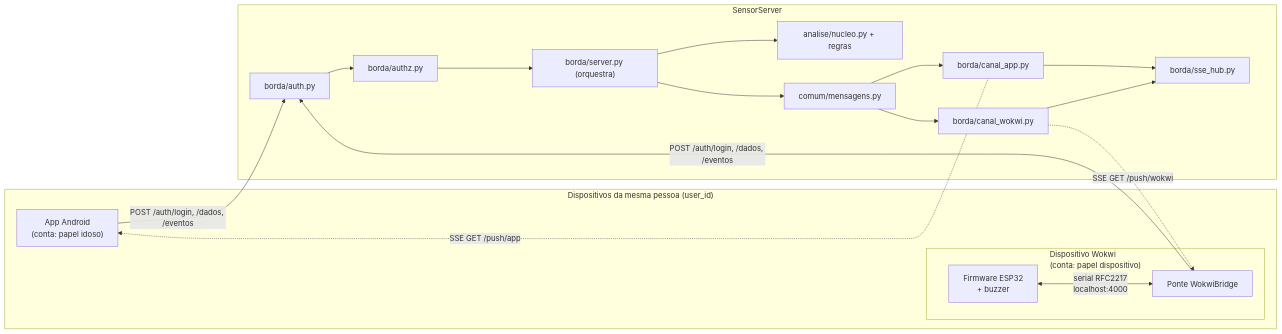
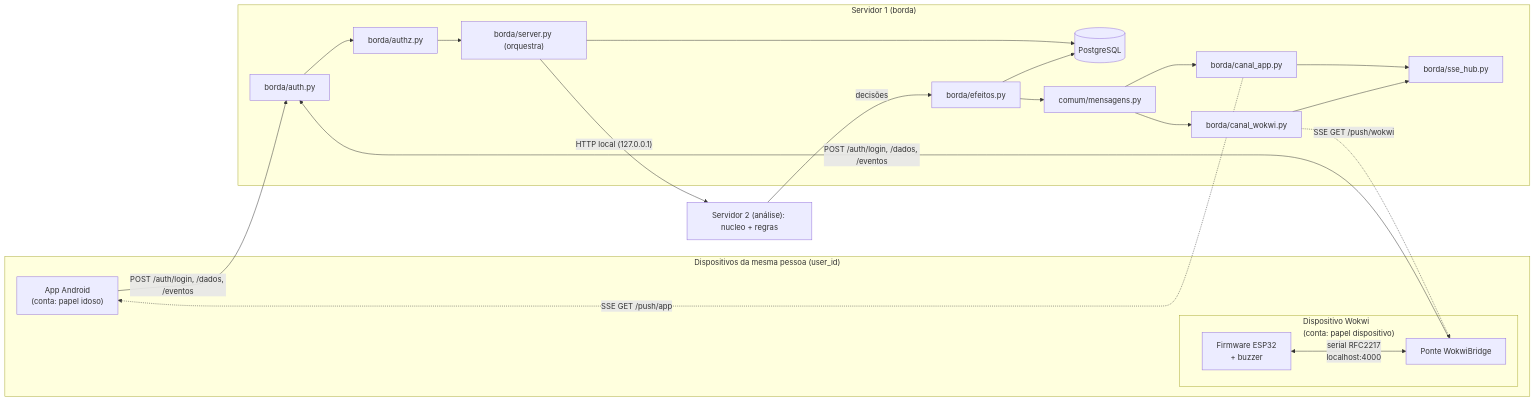
The first of 5 diagrams in docs/arquitetura.md (UFG-INF-SSU-2026/Flow), drawn with Mermaid before and after one commit. The commit also changed other lines of this file and 5 other files, not shown here.

````diff
--- a/docs/arquitetura.md
+++ b/docs/arquitetura.md
@@ -98,34 +99,38 @@
 ```mermaid
 flowchart LR
     subgraph Disp["Dispositivos da mesma pessoa (user_id)"]
         APP["App Android<br/>(conta: papel idoso)"]
         subgraph WK["Dispositivo Wokwi<br/>(conta: papel dispositivo)"]
             ESP["Firmware ESP32<br/>+ buzzer"]
             BR["Ponte WokwiBridge"]
             ESP <-->|"serial RFC2217<br/>localhost:4000"| BR
         end
     end
 
-    subgraph SRV["SensorServer"]
+    subgraph SRV["Servidor 1 (borda)"]
         AUTH["borda/auth.py"]
         AUTHZ["borda/authz.py"]
         SRVP["borda/server.py (orquestra)"]
-        RQ["analise/nucleo.py + regras"]
+        EF["borda/efeitos.py"]
+        DB[("PostgreSQL")]
         MSG["comum/mensagens.py"]
         CA["borda/canal_app.py"]
         CW["borda/canal_wokwi.py"]
         HUB["borda/sse_hub.py"]
         CA --> HUB
         CW --> HUB
     end
 
     APP -->|"POST /auth/login, /dados, /eventos"| AUTH
     BR  -->|"POST /auth/login, /dados, /eventos"| AUTH
     AUTH --> AUTHZ --> SRVP
-    SRVP --> RQ
-    SRVP --> MSG
+    SRVP -->|"HTTP local (127.0.0.1)"| RQ["Servidor 2 (análise): nucleo + regras"]
+    RQ -->|"decisões"| EF
+    SRVP --> DB
+    EF --> DB
+    EF --> MSG
     MSG --> CA
     MSG --> CW
     CA -.->|"SSE GET /push/app"| APP
     CW -.->|"SSE GET /push/wokwi"| BR
 ```
````
